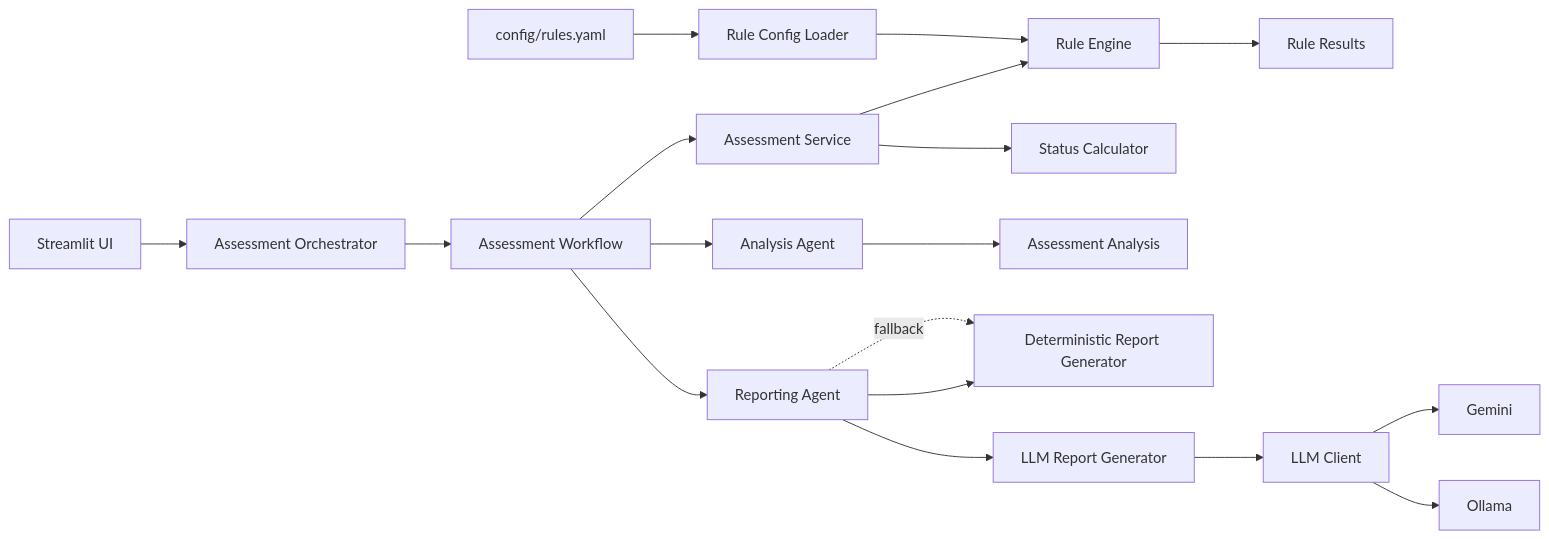
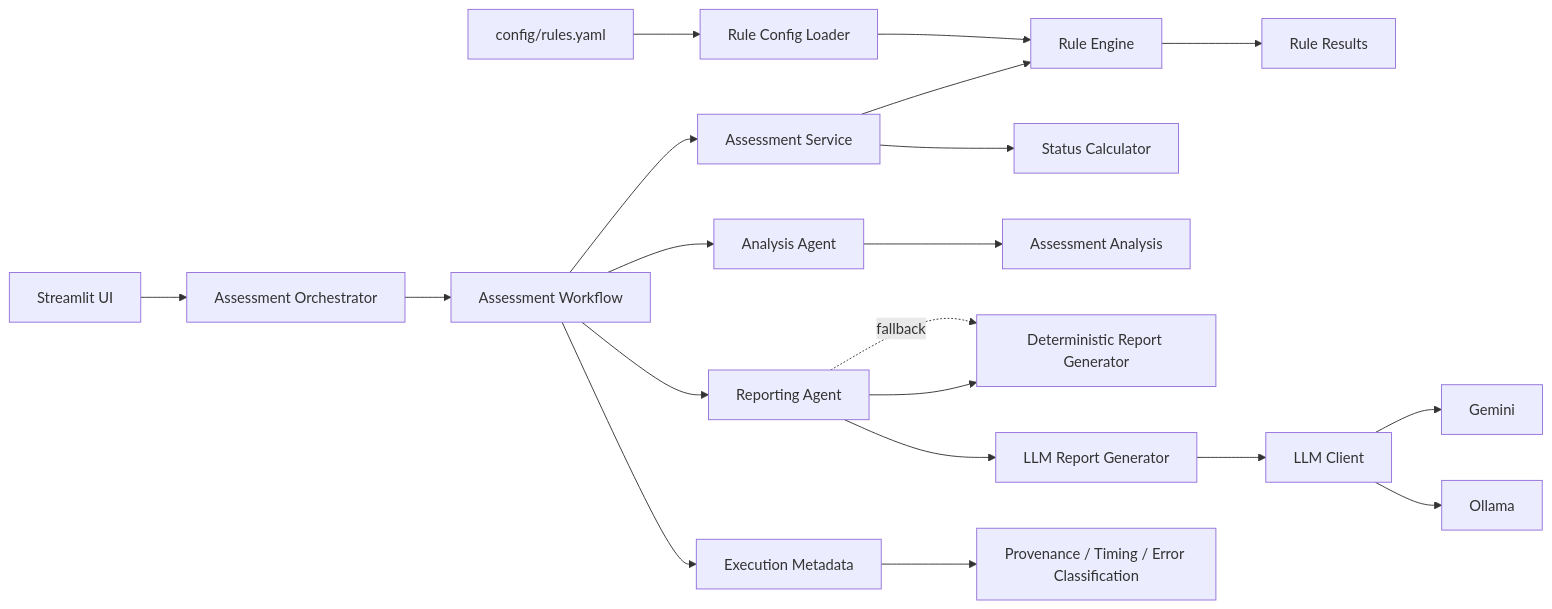
The diagram in docs/architecture-decisions.md (danielematix67-boop/credit-assessment-system), drawn with Mermaid before and after one commit. The commit also changed other lines of this file, not shown here.

Commit message:
Add execution observability architecture decision

````diff
--- a/docs/architecture-decisions.md
+++ b/docs/architecture-decisions.md
@@ -436,20 +512,22 @@
 ```mermaid
 flowchart LR
     UI[Streamlit UI] --> ORCH[Assessment Orchestrator]
     ORCH --> WF[Assessment Workflow]
     WF --> AS[Assessment Service]
     AS --> RE[Rule Engine]
     RE --> RR[Rule Results]
     AS --> SC[Status Calculator]
     WF --> AA[Analysis Agent]
     AA --> ANA[Assessment Analysis]
     WF --> RP[Reporting Agent]
     RP --> DRG[Deterministic Report Generator]
     RP --> LLMG[LLM Report Generator]
     LLMG --> LC[LLM Client]
     LC --> GEM[Gemini]
     LC --> OLL[Ollama]
     RP -. fallback .-> DRG
+    WF --> META[Execution Metadata]
+    META --> TRACE[Provenance / Timing / Error Classification]
     CFG[config/rules.yaml] --> RCL[Rule Config Loader]
     RCL --> RE
 ```
````
